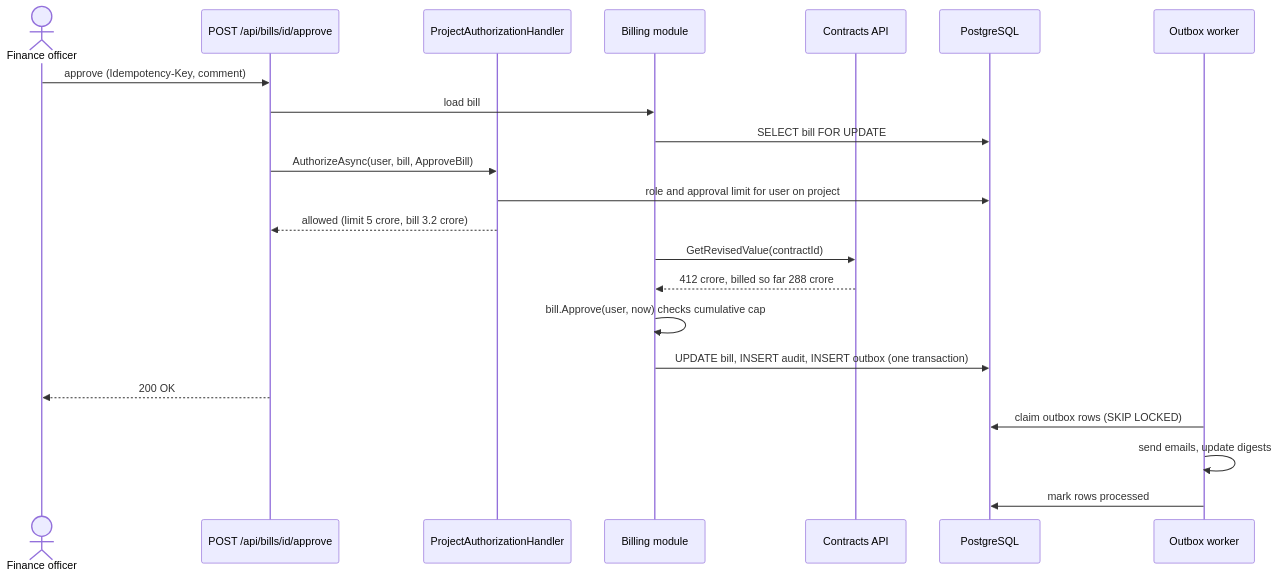
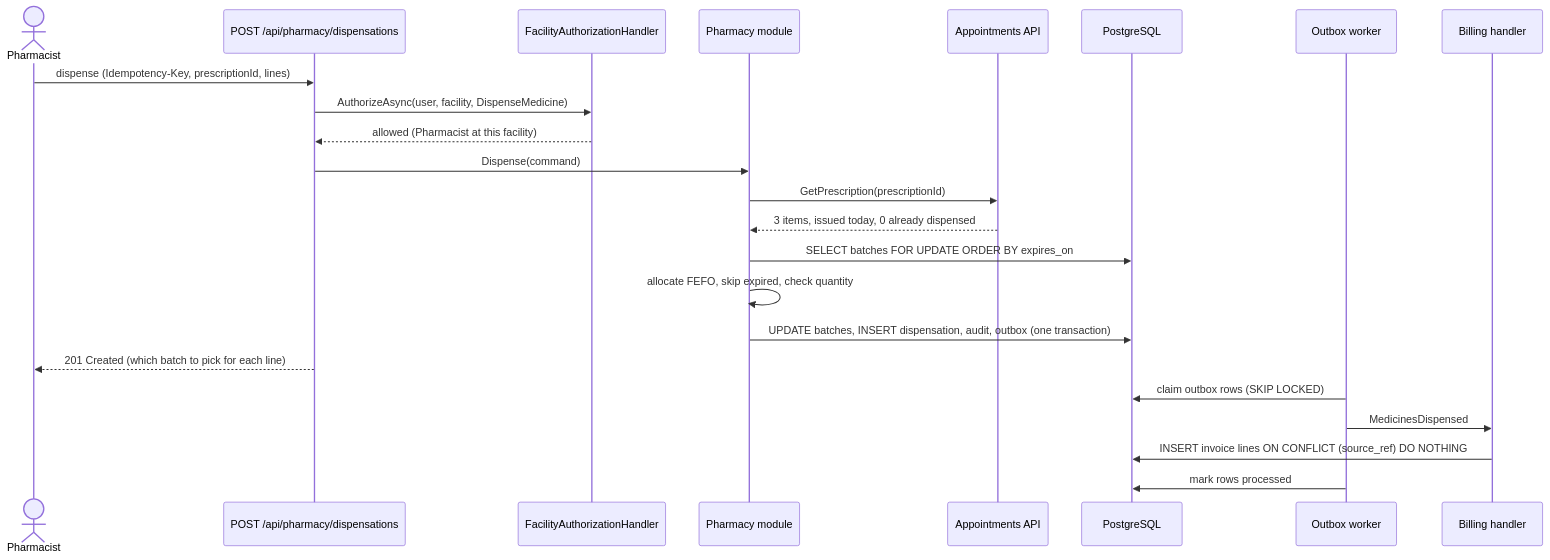
The fourth of 6 diagrams in content/lessons/m20/m20-capstone-a.md (rizwi0786/system-design-lab), drawn with Mermaid before and after one commit. The commit also changed other lines of this file and 334 other files, not shown here.

````diff
--- a/content/lessons/m20/m20-capstone-a.md
+++ b/content/lessons/m20/m20-capstone-a.md
@@ -232,24 +272,25 @@
 ```mermaid
 sequenceDiagram
-    actor F as Finance officer
-    participant API as POST /api/bills/id/approve
-    participant AZ as ProjectAuthorizationHandler
-    participant B as Billing module
-    participant C as Contracts API
+    actor P as Pharmacist
+    participant API as POST /api/pharmacy/dispensations
+    participant AZ as FacilityAuthorizationHandler
+    participant PH as Pharmacy module
+    participant A as Appointments API
     participant DB as PostgreSQL
     participant W as Outbox worker
-    F->>API: approve (Idempotency-Key, comment)
-    API->>B: load bill
-    B->>DB: SELECT bill FOR UPDATE
-    API->>AZ: AuthorizeAsync(user, bill, ApproveBill)
-    AZ->>DB: role and approval limit for user on project
-    AZ-->>API: allowed (limit 5 crore, bill 3.2 crore)
-    B->>C: GetRevisedValue(contractId)
-    C-->>B: 412 crore, billed so far 288 crore
-    B->>B: bill.Approve(user, now) checks cumulative cap
-    B->>DB: UPDATE bill, INSERT audit, INSERT outbox (one transaction)
-    API-->>F: 200 OK
+    participant B as Billing handler
+    P->>API: dispense (Idempotency-Key, prescriptionId, lines)
+    API->>AZ: AuthorizeAsync(user, facility, DispenseMedicine)
+    AZ-->>API: allowed (Pharmacist at this facility)
+    API->>PH: Dispense(command)
+    PH->>A: GetPrescription(prescriptionId)
+    A-->>PH: 3 items, issued today, 0 already dispensed
+    PH->>DB: SELECT batches FOR UPDATE ORDER BY expires_on
+    PH->>PH: allocate FEFO, skip expired, check quantity
+    PH->>DB: UPDATE batches, INSERT dispensation, audit, outbox (one transaction)
+    API-->>P: 201 Created (which batch to pick for each line)
     W->>DB: claim outbox rows (SKIP LOCKED)
-    W->>W: send emails, update digests
+    W->>B: MedicinesDispensed
+    B->>DB: INSERT invoice lines ON CONFLICT (source_ref) DO NOTHING
     W->>DB: mark rows processed
 ```
````
